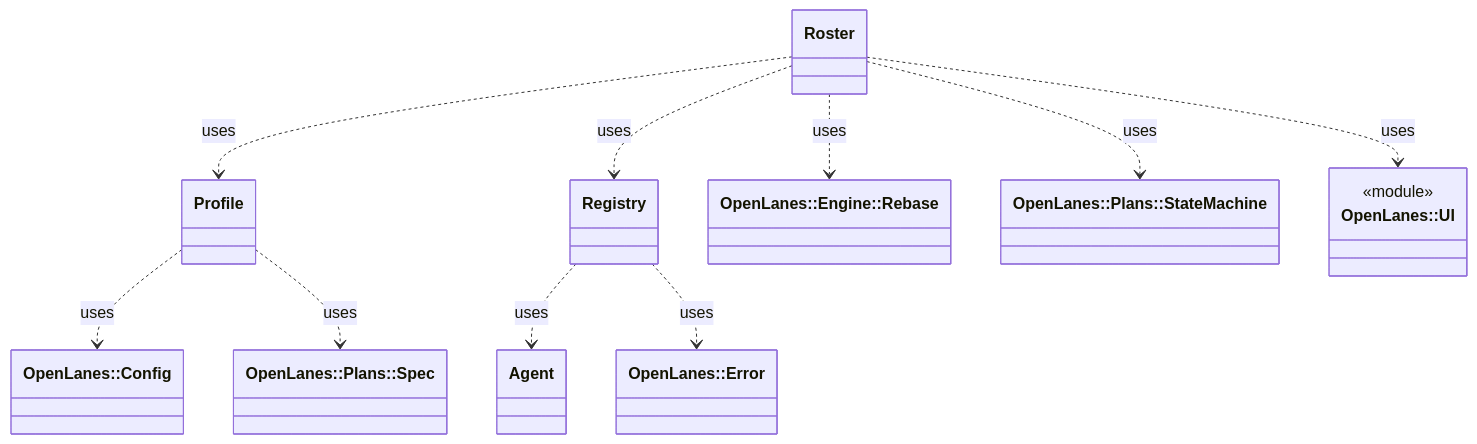
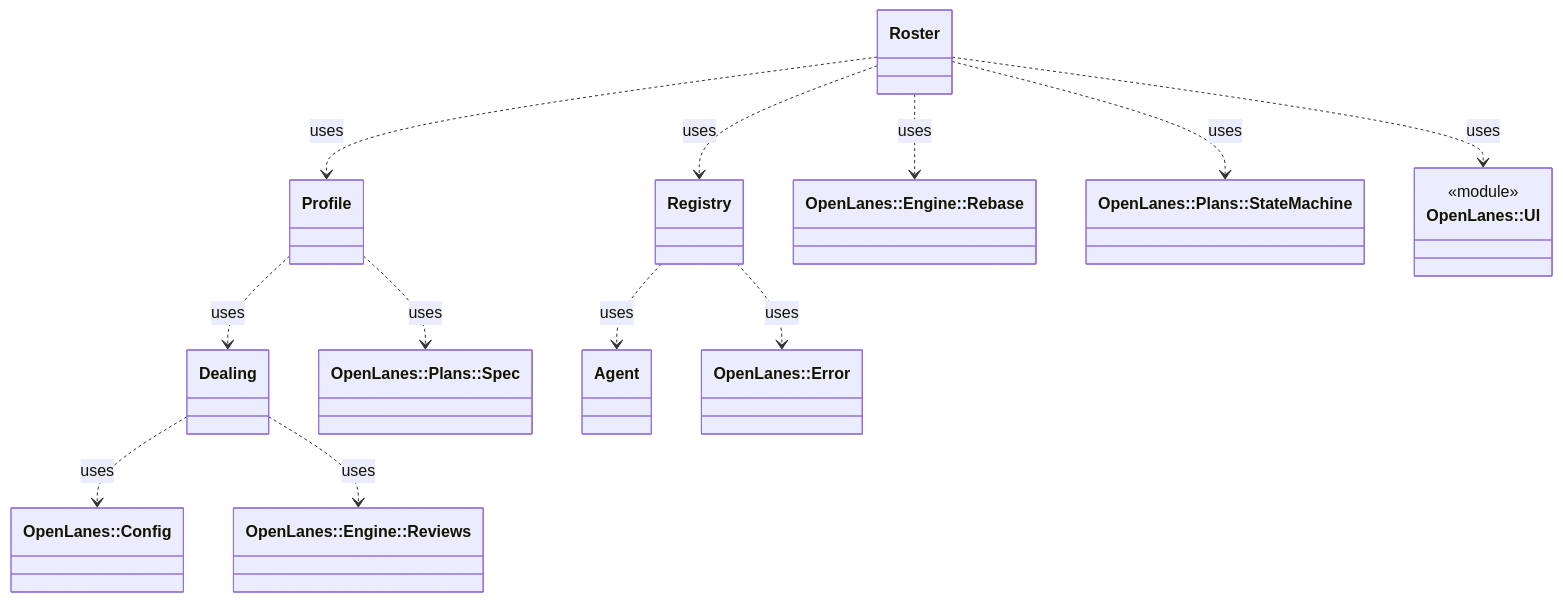
Before and after one commit to kigster/openlanes: the diagram in docs/architecture/openlanes-agents.md, drawn with Mermaid. The commit also changed 15 other files, not shown here.

````diff
--- a/docs/architecture/openlanes-agents.md
+++ b/docs/architecture/openlanes-agents.md
@@ -5,23 +5,27 @@
 ```mermaid
 classDiagram
   class OpenLanes__Agents__Agent["Agent"]
+  class OpenLanes__Agents__Dealing["Dealing"]
   class OpenLanes__Agents__Profile["Profile"]
   class OpenLanes__Agents__Registry["Registry"]
   class OpenLanes__Agents__Roster["Roster"]
   class OpenLanes__Config["OpenLanes::Config"]
   class OpenLanes__Engine__Rebase["OpenLanes::Engine::Rebase"]
+  class OpenLanes__Engine__Reviews["OpenLanes::Engine::Reviews"]
   class OpenLanes__Error["OpenLanes::Error"]
   class OpenLanes__Plans__Spec["OpenLanes::Plans::Spec"]
   class OpenLanes__Plans__StateMachine["OpenLanes::Plans::StateMachine"]
   class OpenLanes__UI["OpenLanes::UI"]
   <<module>> OpenLanes__UI
-  OpenLanes__Agents__Profile ..> OpenLanes__Config : uses
+  OpenLanes__Agents__Dealing ..> OpenLanes__Config : uses
+  OpenLanes__Agents__Dealing ..> OpenLanes__Engine__Reviews : uses
+  OpenLanes__Agents__Profile ..> OpenLanes__Agents__Dealing : uses
   OpenLanes__Agents__Profile ..> OpenLanes__Plans__Spec : uses
   OpenLanes__Agents__Registry ..> OpenLanes__Agents__Agent : uses
   OpenLanes__Agents__Registry ..> OpenLanes__Error : uses
   OpenLanes__Agents__Roster ..> OpenLanes__Agents__Profile : uses
   OpenLanes__Agents__Roster ..> OpenLanes__Agents__Registry : uses
   OpenLanes__Agents__Roster ..> OpenLanes__Engine__Rebase : uses
   OpenLanes__Agents__Roster ..> OpenLanes__Plans__StateMachine : uses
   OpenLanes__Agents__Roster ..> OpenLanes__UI : uses
 ```
````
